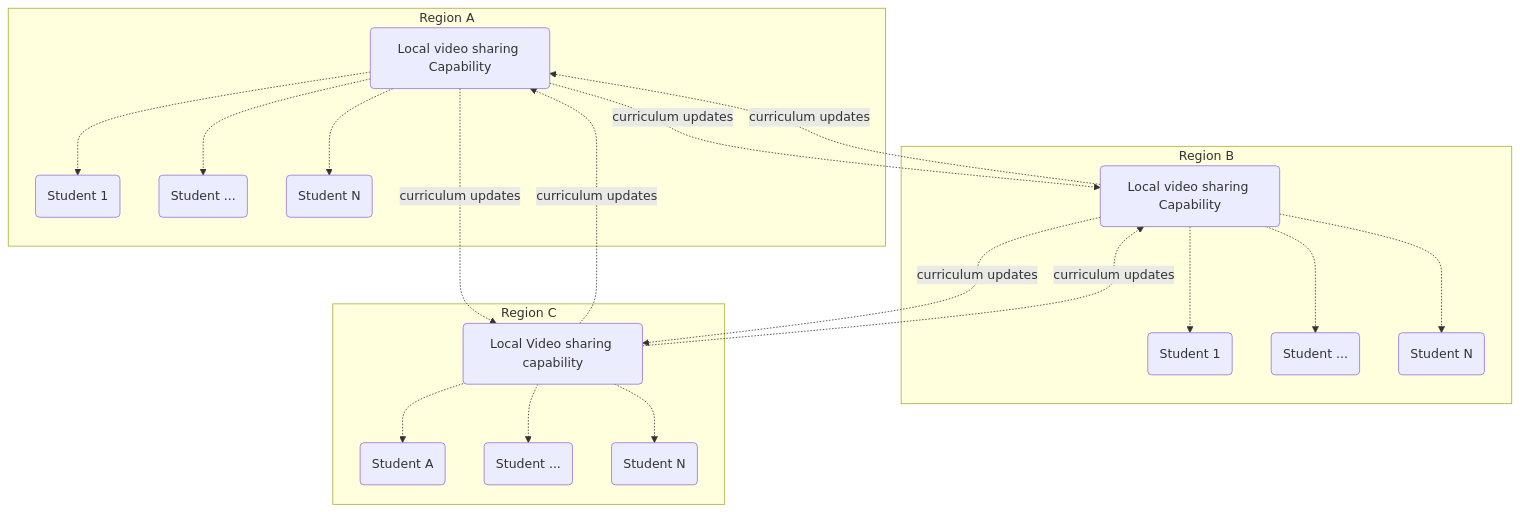
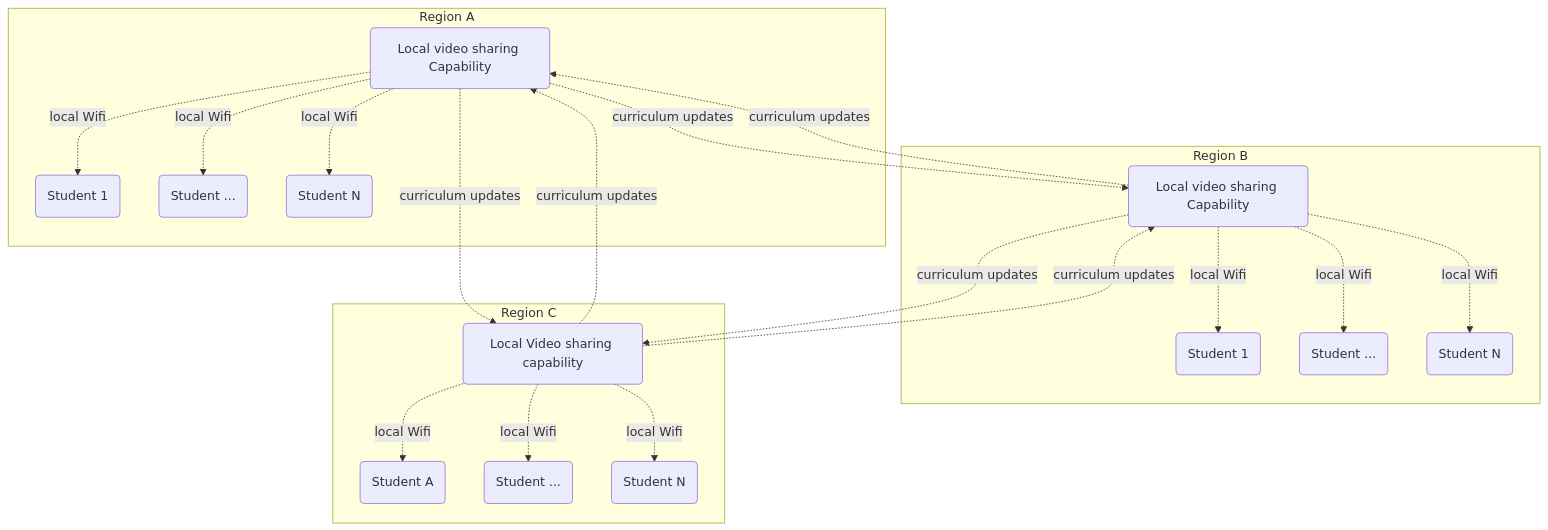
Before and after one commit to ourworldventures/ourworld_books_OLD: the second of 3 diagrams in content/feasibility_study/Capabilities/education.md, drawn with Mermaid. The commit also changed other lines of this file, not shown here.

````diff
--- a/content/feasibility_study/Capabilities/education.md
+++ b/content/feasibility_study/Capabilities/education.md
@@ -63,40 +63,40 @@
 ```mermaid
 graph TD
     subgraph Region A
         INDIVIDUALAA(Student 1)
         INDIVIDUALAC(Student ...)
         INDIVIDUALAD(Student N)
         VIDEOPLATFORMA(Local video sharing Capability)
-        VIDEOPLATFORMA .-> INDIVIDUALAA
-        VIDEOPLATFORMA .-> INDIVIDUALAC
-        VIDEOPLATFORMA .-> INDIVIDUALAD
+        VIDEOPLATFORMA .->|local Wifi| INDIVIDUALAA
+        VIDEOPLATFORMA .->|local Wifi| INDIVIDUALAC
+        VIDEOPLATFORMA .->|local Wifi| INDIVIDUALAD
     end
 
     subgraph Region B
         INDIVIDUALBA(Student 1)
         INDIVIDUALBC(Student ...)
         INDIVIDUALBD(Student N)
         VIDEOPLATFORMB(Local video sharing Capability)
-        VIDEOPLATFORMB .-> INDIVIDUALBA
-        VIDEOPLATFORMB .-> INDIVIDUALBC
-        VIDEOPLATFORMB .-> INDIVIDUALBD
+        VIDEOPLATFORMB .->|local Wifi| INDIVIDUALBA
+        VIDEOPLATFORMB .->|local Wifi| INDIVIDUALBC
+        VIDEOPLATFORMB .->|local Wifi| INDIVIDUALBD
     end   
 
     subgraph Region C
         INDIVIDUALCA(Student A)
         INDIVIDUALCC(Student ...)
         INDIVIDUALCD(Student N)
         VIDEOPLATFORMC(Local Video sharing capability)
-        VIDEOPLATFORMC .-> INDIVIDUALCA
-        VIDEOPLATFORMC .-> INDIVIDUALCC
-        VIDEOPLATFORMC .-> INDIVIDUALCD
+        VIDEOPLATFORMC .->|local Wifi| INDIVIDUALCA
+        VIDEOPLATFORMC .->|local Wifi| INDIVIDUALCC
+        VIDEOPLATFORMC .->|local Wifi| INDIVIDUALCD
     end   
 
     VIDEOPLATFORMA .->|curriculum updates| VIDEOPLATFORMB
     VIDEOPLATFORMB .->|curriculum updates| VIDEOPLATFORMC
     VIDEOPLATFORMA .->|curriculum updates| VIDEOPLATFORMC
 
     VIDEOPLATFORMC .->|curriculum updates| VIDEOPLATFORMB
     VIDEOPLATFORMC .->|curriculum updates| VIDEOPLATFORMA
     VIDEOPLATFORMB .->|curriculum updates| VIDEOPLATFORMA
 ```
````
